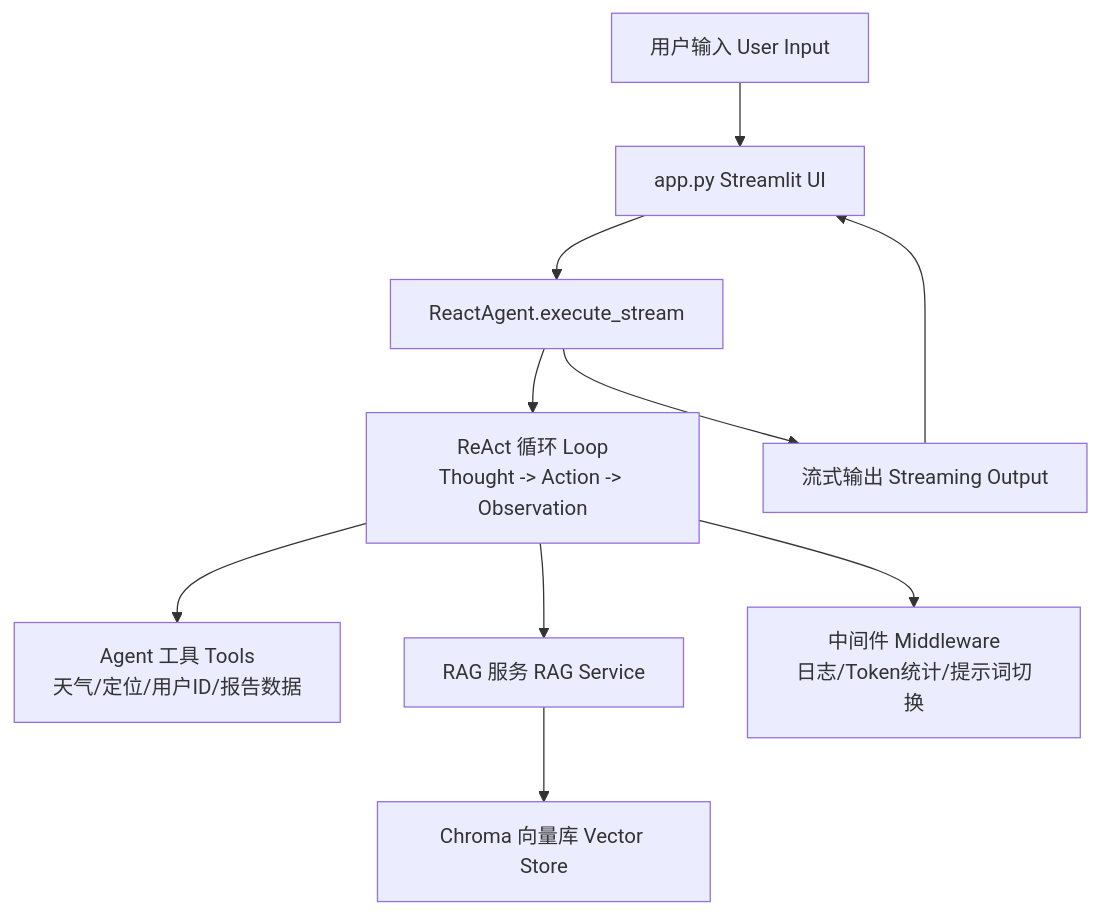
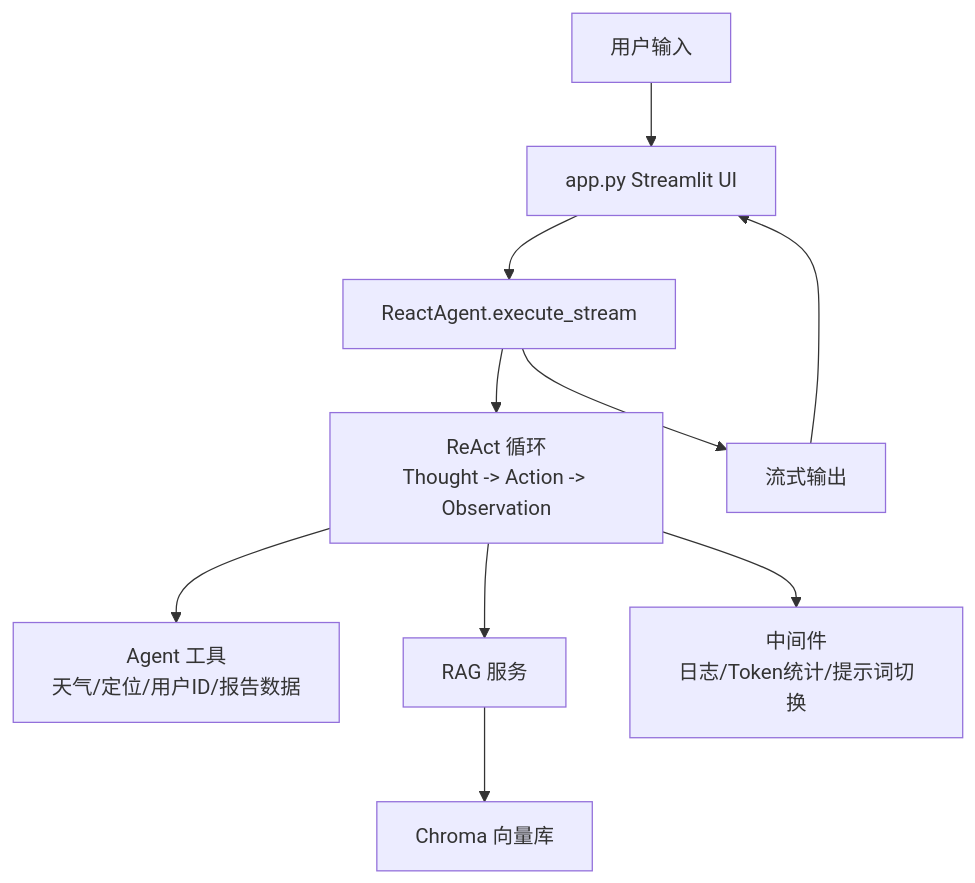
Before and after one commit to XiaoZhi-yun/smart-sweeper-customer-service: the diagram in README.md, drawn with Mermaid. The commit also changed other lines of this file and 1 other file, not shown here.

````diff
--- a/README.md
+++ b/README.md
@@ -45,12 +44,12 @@
 ```mermaid
 graph TD
-    A[用户输入 User Input] --> B[app.py Streamlit UI]
+    A[用户输入] --> B[app.py Streamlit UI]
     B --> C[ReactAgent.execute_stream]
-    C --> D[ReAct 循环 Loop<br/>Thought -> Action -> Observation]
-    D --> E[Agent 工具 Tools<br/>天气/定位/用户ID/报告数据]
-    D --> F[RAG 服务 RAG Service]
-    F --> G[Chroma 向量库 Vector Store]
-    D --> H[中间件 Middleware<br/>日志/Token统计/提示词切换]
-    C --> I[流式输出 Streaming Output]
+    C --> D[ReAct 循环<br/>Thought -> Action -> Observation]
+    D --> E[Agent 工具<br/>天气/定位/用户ID/报告数据]
+    D --> F[RAG 服务]
+    F --> G[Chroma 向量库]
+    D --> H[中间件<br/>日志/Token统计/提示词切换]
+    C --> I[流式输出]
     I --> B
 ```
````
